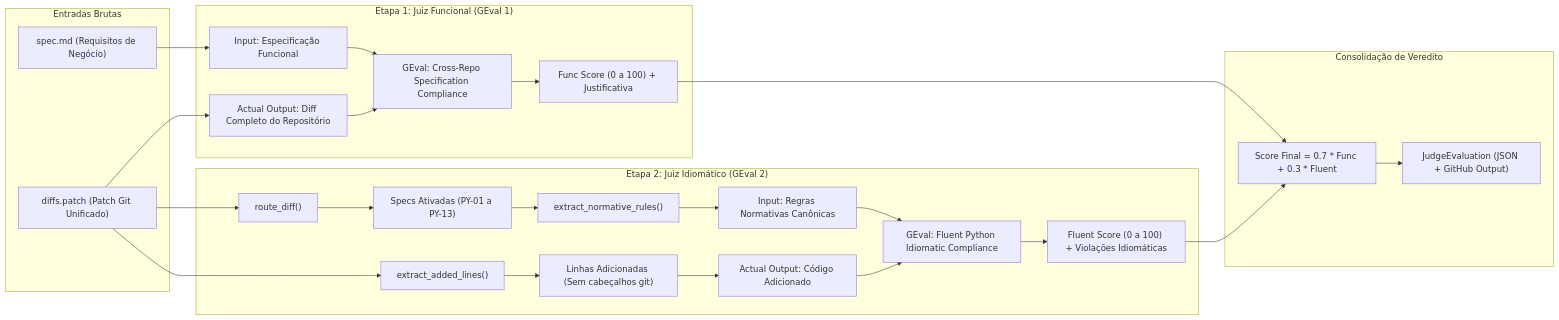
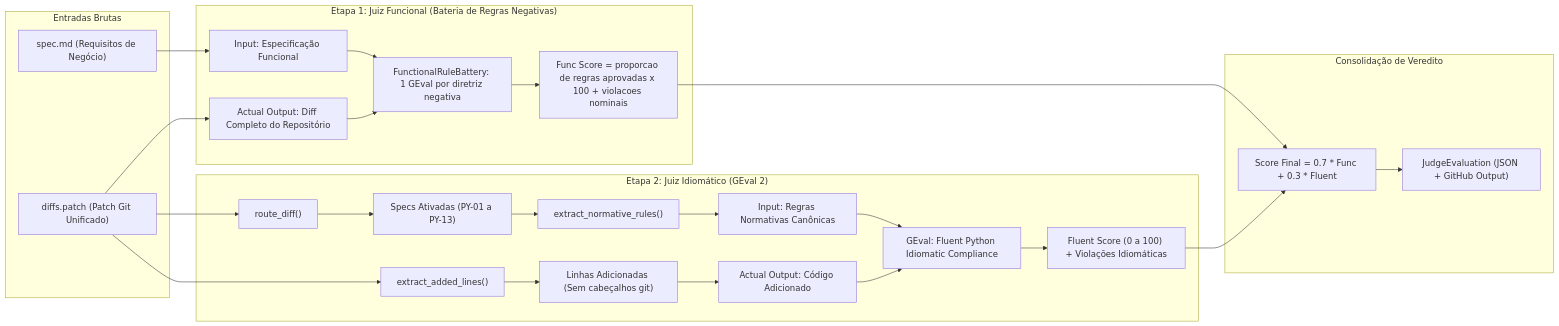
Before and after one commit to eduardosan/harness-state: the second of 3 diagrams in docs/architecture/code-evaluation-flow.md, drawn with Mermaid. The commit also changed other lines of this file and 7 other files, not shown here.

````diff
--- a/docs/architecture/code-evaluation-flow.md
+++ b/docs/architecture/code-evaluation-flow.md
@@ -95,32 +95,32 @@
 ```mermaid
 flowchart LR
     subgraph Inputs ["Entradas Brutas"]
         SpecDoc["spec.md (Requisitos de Negócio)"]
         DiffPatch["diffs.patch (Patch Git Unificado)"]
     end
 
-    subgraph Stage1Pipeline ["Etapa 1: Juiz Funcional (GEval 1)"]
+    subgraph Stage1Pipeline ["Etapa 1: Juiz Funcional (Bateria de Regras Negativas)"]
         SpecDoc --> Prompt1In["Input: Especificação Funcional"]
         DiffPatch --> Prompt1Out["Actual Output: Diff Completo do Repositório"]
-        Prompt1In & Prompt1Out --> GEvalFunc["GEval: Cross-Repo Specification Compliance"]
-        GEvalFunc --> FuncScore["Func Score (0 a 100) + Justificativa"]
+        Prompt1In & Prompt1Out --> GEvalFunc["FunctionalRuleBattery: 1 GEval por diretriz negativa"]
+        GEvalFunc --> FuncScore["Func Score = proporcao de regras aprovadas x 100 + violacoes nominais"]
     end
 
     subgraph Stage2Pipeline ["Etapa 2: Juiz Idiomático (GEval 2)"]
         DiffPatch --> Extractor["extract_added_lines()"]
         Extractor --> AddedOnly["Linhas Adicionadas (Sem cabeçalhos git)"]
         DiffPatch --> Router["route_diff()"]
         Router --> ActivatedSpecs["Specs Ativadas (PY-01 a PY-13)"]
         ActivatedSpecs --> NormRules["extract_normative_rules()"]
         NormRules --> Prompt2In["Input: Regras Normativas Canônicas"]
         AddedOnly --> Prompt2Out["Actual Output: Código Adicionado"]
         Prompt2In & Prompt2Out --> GEvalFluent["GEval: Fluent Python Idiomatic Compliance"]
         GEvalFluent --> FluentScore["Fluent Score (0 a 100) + Violações Idiomáticas"]
     end
 
     subgraph Consolidation ["Consolidação de Veredito"]
         FuncScore --> WeightedCalc["Score Final = 0.7 * Func + 0.3 * Fluent"]
         FluentScore --> WeightedCalc
         WeightedCalc --> EvaluationResult["JudgeEvaluation (JSON + GitHub Output)"]
     end
 ```
````
